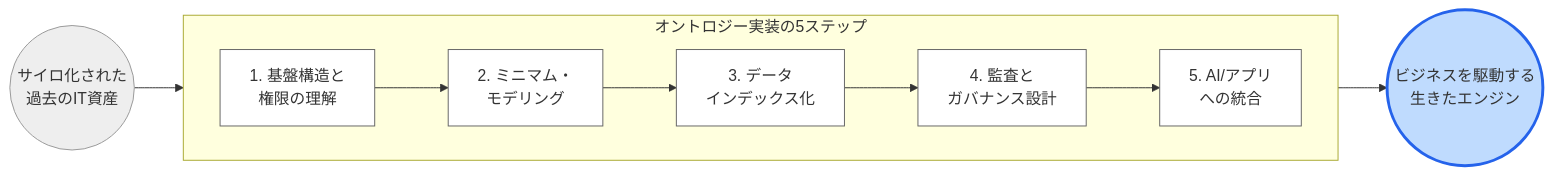
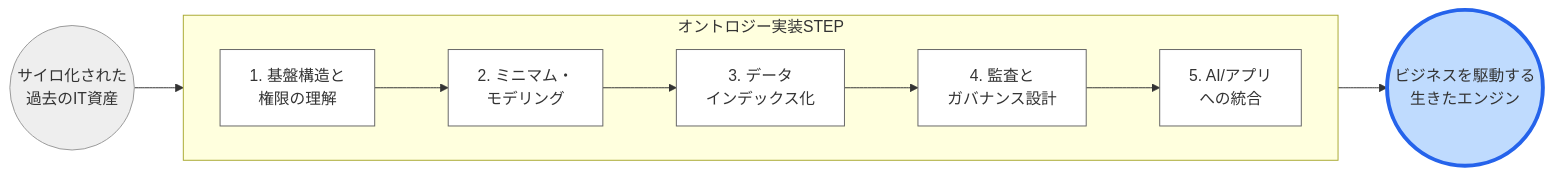
One commit to jonnydubowsky/palantir-ontology-strategy changed the ninth of 9 diagrams in docs/the-palantir-impact.md. Above: the diagram before and after it, drawn with Mermaid. The commit also changed other lines of this file, not shown here.

````diff
--- a/docs/the-palantir-impact.md
+++ b/docs/the-palantir-impact.md
@@ -402,22 +403,22 @@
 ```mermaid
 flowchart LR
     Start(("サイロ化された<br>過去のIT資産")) --> S1
     
-    subgraph Roadmap ["オントロジー実装の5ステップ"]
+    subgraph Roadmap ["オントロジー実装STEP"]
         direction LR
         S1["1. 基盤構造と<br>権限の理解"] --> S2["2. ミニマム・<br>モデリング"]
         S2 --> S3["3. データ<br>インデックス化"]
         S3 --> S4["4. 監査と<br>ガバナンス設計"]
         S4 --> S5["5. AI/アプリ<br>への統合"]
     end
     
     S5 --> Goal(("ビジネスを駆動する<br>生きたエンジン"))
 
     style Start fill:#eee,stroke:#999
-    style Goal fill:#bfdbfe,stroke:#2563eb,stroke-width:3px
+    style Goal fill:#bfdbfe,stroke:#2563eb,stroke-width:4px
     style S1 fill:#fff,stroke:#666
     style S2 fill:#fff,stroke:#666
     style S3 fill:#fff,stroke:#666
     style S4 fill:#fff,stroke:#666
     style S5 fill:#fff,stroke:#666
 ```
````
